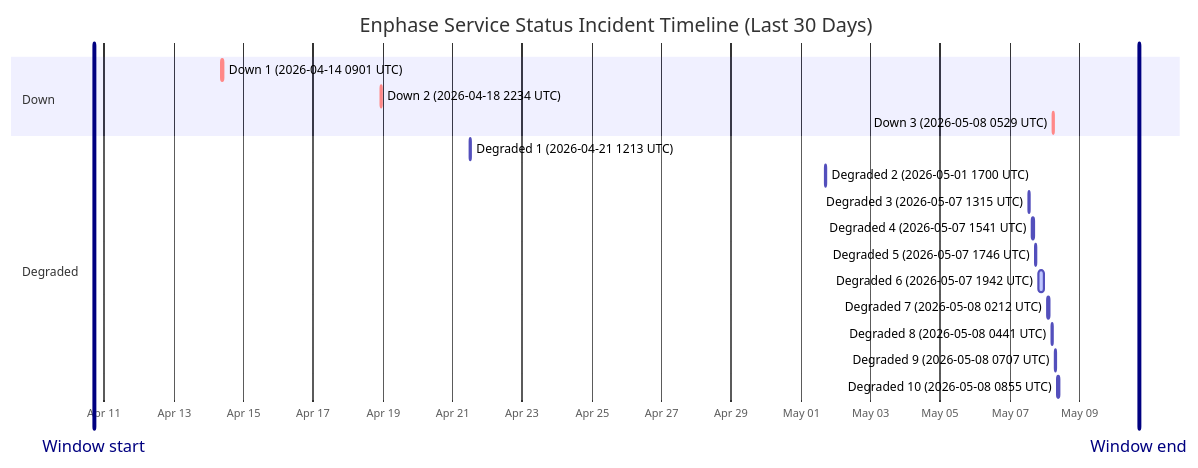
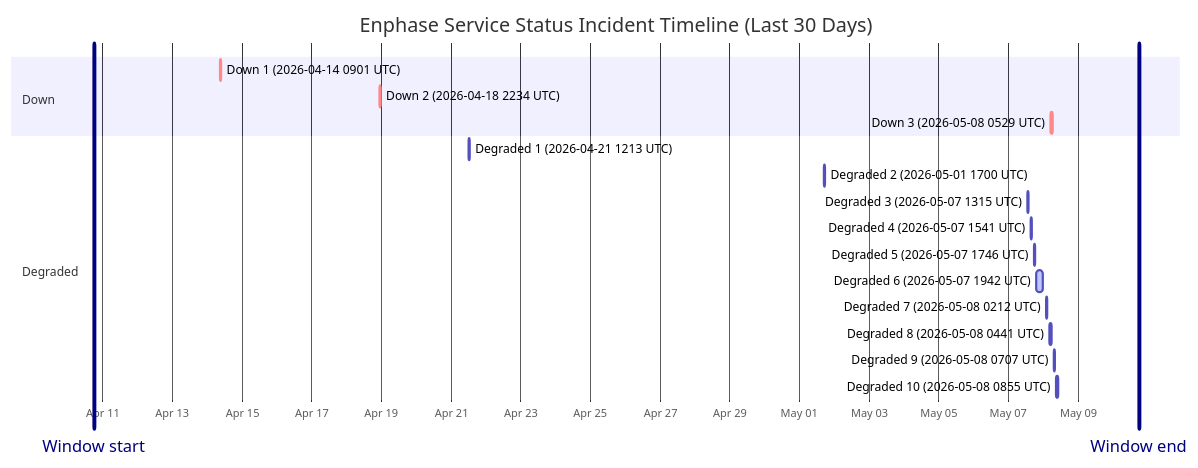
One commit to barneyonline/ha-enphase-ev-charger changed the diagram in wiki/Service-Status-History.md. Above: the diagram before and after it, drawn with Mermaid. The commit also changed other lines of this file and 3 other files, not shown here.

````diff
--- a/wiki/Service-Status-History.md
+++ b/wiki/Service-Status-History.md
@@ -14,23 +14,23 @@
 ```mermaid
 gantt
     title Enphase Service Status Incident Timeline (Last 30 Days)
     dateFormat  YYYY-MM-DDTHH:mm:ss
     axisFormat  %b %d
-    Window start :vert, window-start, 2026-04-10T16:54:47, 0ms
-    Window end :vert, window-end, 2026-05-10T16:54:47, 0ms
+    Window start :vert, window-start, 2026-04-10T17:51:35, 0ms
+    Window end :vert, window-end, 2026-05-10T17:51:35, 0ms
     section Down
     Down 1 (2026-04-14 0901 UTC) :crit, down-1, 2026-04-14T09:01:13, 60m
     Down 2 (2026-04-18 2234 UTC) :crit, down-2, 2026-04-18T22:34:13, 60m
     Down 3 (2026-05-08 0529 UTC) :crit, down-3, 2026-05-08T05:29:47, 60m
     section Degraded
     Degraded 1 (2026-04-21 1213 UTC) :active, degraded-1, 2026-04-21T12:13:11, 60m
     Degraded 2 (2026-05-01 1700 UTC) :active, degraded-2, 2026-05-01T17:00:22, 60m
     Degraded 3 (2026-05-07 1315 UTC) :active, degraded-3, 2026-05-07T13:15:25, 60m
     Degraded 4 (2026-05-07 1541 UTC) :active, degraded-4, 2026-05-07T15:41:58, 60m
     Degraded 5 (2026-05-07 1746 UTC) :active, degraded-5, 2026-05-07T17:46:51, 60m
     Degraded 6 (2026-05-07 1942 UTC) :active, degraded-6, 2026-05-07T19:42:10, 249m
     Degraded 7 (2026-05-08 0212 UTC) :active, degraded-7, 2026-05-08T02:12:39, 60m
     Degraded 8 (2026-05-08 0441 UTC) :active, degraded-8, 2026-05-08T04:41:46, 60m
     Degraded 9 (2026-05-08 0707 UTC) :active, degraded-9, 2026-05-08T07:07:30, 60m
     Degraded 10 (2026-05-08 0855 UTC) :active, degraded-10, 2026-05-08T08:55:20, 88m
 ```
````
